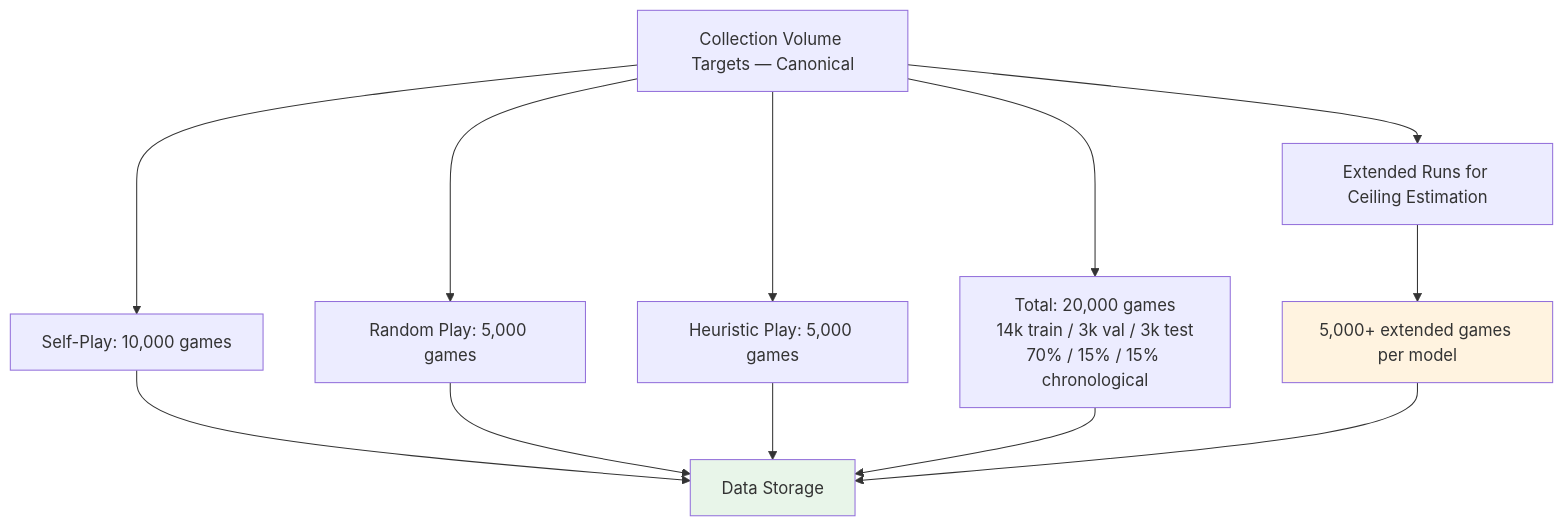
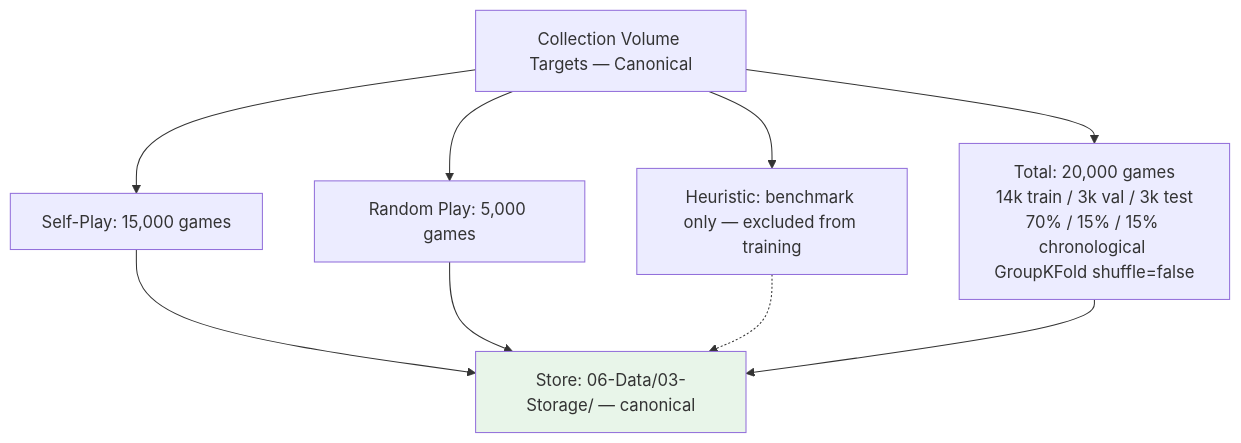
The diagram in plans/06-Data/01-Collection/01-data-collection-strategy.md (Evintkoo/2048-ml), drawn with Mermaid before and after one commit. The commit also changed other lines of this file and 94 other files, not shown here.

````diff
--- a/plans/06-Data/01-Collection/01-data-collection-strategy.md
+++ b/plans/06-Data/01-Collection/01-data-collection-strategy.md
@@ -78,19 +25,13 @@
 ```mermaid
 flowchart TB
     Volume[Collection Volume Targets — Canonical]
-    Volume --> V1[Self-Play: 10,000 games]
+    Volume --> V1[Self-Play: 15,000 games]
     Volume --> V2[Random Play: 5,000 games]
-    Volume --> V3[Heuristic Play: 5,000 games]
-    Volume --> V4[Total: 20,000 games<br/>14k train / 3k val / 3k test<br/>70% / 15% / 15% chronological]
-    Volume --> Ceiling[Extended Runs for Ceiling Estimation]
-    Ceiling --> CeilingGames[5,000+ extended games per model]
-    
-    V1 --> Storage[Data Storage]
+    Volume --> V3[Heuristic: benchmark only — excluded from training]
+    Volume --> V4[Total: 20,000 games<br/>14k train / 3k val / 3k test<br/>70% / 15% / 15% chronological GroupKFold shuffle=false]
+    V1 --> Storage[Store: 06-Data/03-Storage/ — canonical]
     V2 --> Storage
-    V3 --> Storage
+    V3 -.-> Storage
     V4 --> Storage
-    CeilingGames --> Storage
-    
     style Storage fill:#e8f5e9
-    style CeilingGames fill:#fff3e0
 ```
````
